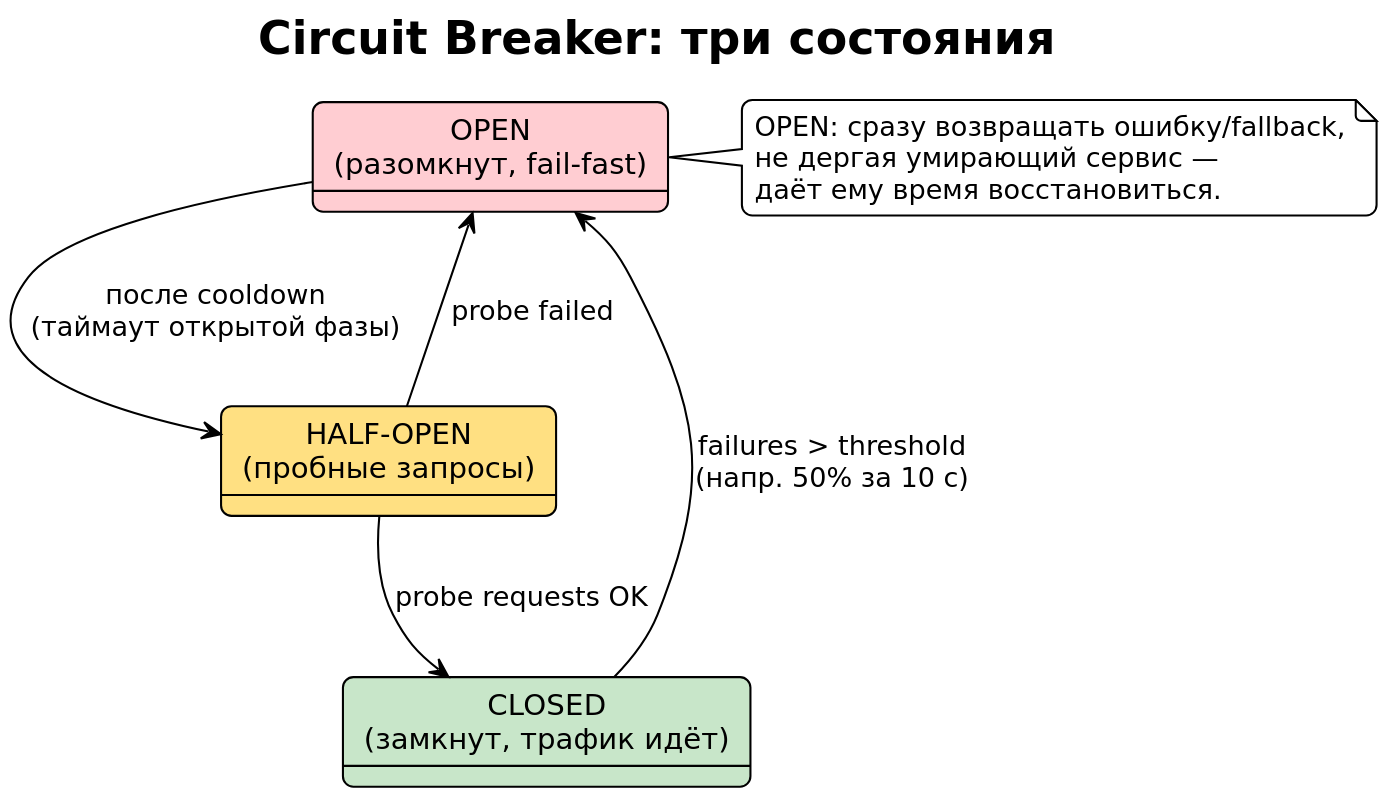
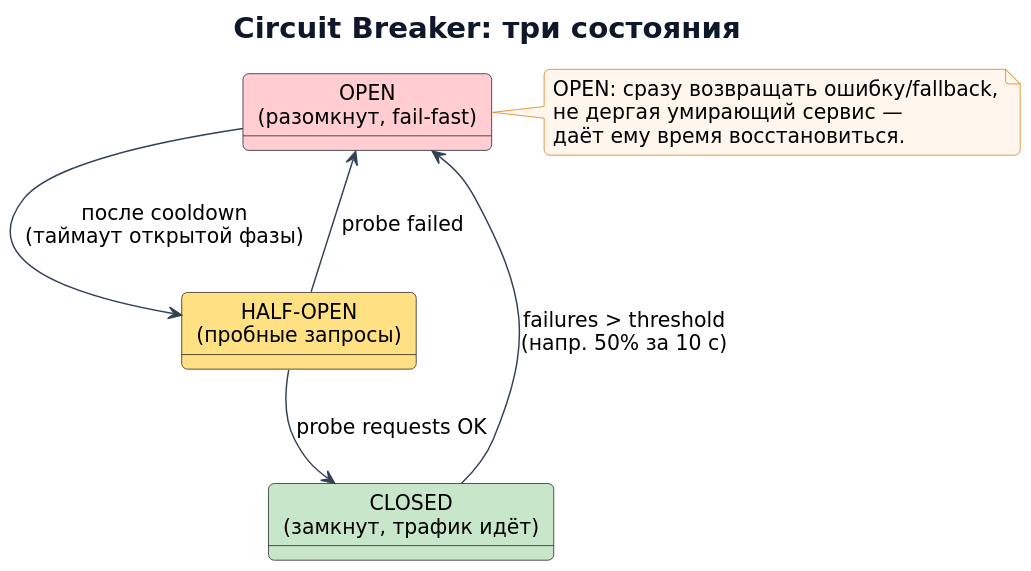
One commit to maedodo11/fullstack-system-analyst changed the diagram in course/puml/06_circuit_breaker.puml. Above: the diagram before and after it, drawn with PlantUML. The commit also changed 256 other files, not shown here.

Commit message:
Improve course accuracy, practical examples and diagram validation

```diff
--- a/course/puml/06_circuit_breaker.puml
+++ b/course/puml/06_circuit_breaker.puml
@@ -1,24 +1,29 @@
 @startuml 06_circuit_breaker
-skinparam dpi 200
-!theme plain
+skinparam defaultFontName "DejaVu Sans"
+skinparam defaultFontSize 14
 skinparam backgroundColor #FFFFFF
-skinparam defaultFontName "DejaVu Sans"
 skinparam shadowing false
-skinparam roundcorner 10
+skinparam roundcorner 8
+skinparam ArrowColor #334155
+skinparam titleFontColor #0F172A
+skinparam titleFontSize 20
+skinparam noteBackgroundColor #FFF7ED
+skinparam noteBorderColor #D97706
+skinparam dpi 140
 title Circuit Breaker: три состояния
 
 state "CLOSED\n(замкнут, трафик идёт)" as CLOSED #C8E6C9
 state "OPEN\n(разомкнут, fail-fast)" as OPEN #FFCDD2
 state "HALF-OPEN\n(пробные запросы)" as HALF #FFE082
 
 CLOSED --> OPEN : failures > threshold\n(напр. 50% за 10 с)
 OPEN --> HALF : после cooldown\n(таймаут открытой фазы)
 HALF --> CLOSED : probe requests OK
 HALF --> OPEN : probe failed
 
 note right of OPEN
   OPEN: сразу возвращать ошибку/fallback,
   не дергая умирающий сервис —
   даёт ему время восстановиться.
 end note
 @enduml
```
